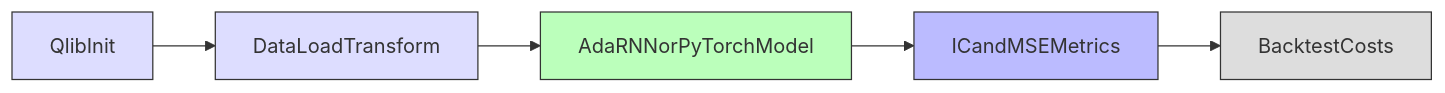
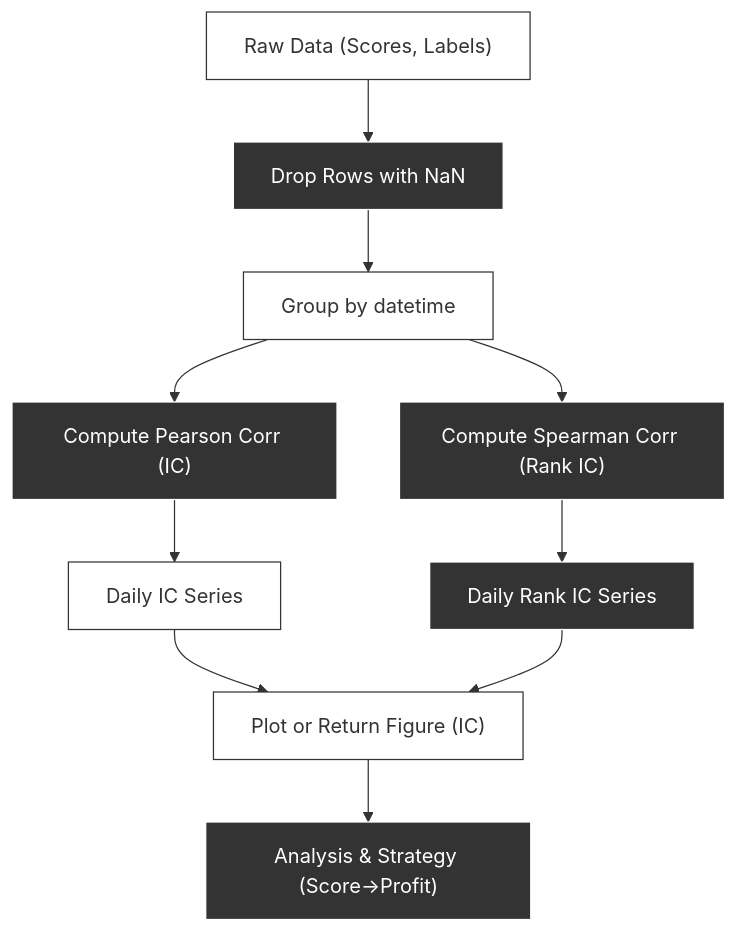
Before and after one commit to nicolad/vadim.blog: the third of 3 diagrams in blog/qlib-ai-quant-workflow-adarnn/index.md, drawn with Mermaid. The commit also changed other lines of this file and 1 other file, not shown here.

````diff
--- a/blog/qlib-ai-quant-workflow-adarnn/index.md
+++ b/blog/qlib-ai-quant-workflow-adarnn/index.md
@@ -88,12 +165,34 @@
 ```mermaid
-flowchart LR
-    A[QlibInit] --> B[DataLoadTransform]
-    B --> C[AdaRNNorPyTorchModel]
-    C --> D[ICandMSEMetrics]
-    D --> E[BacktestCosts]
-    style A fill:#ddf,stroke:#333,stroke-width:1px
-    style B fill:#ddf,stroke:#333,stroke-width:1px
-    style C fill:#bfb,stroke:#333,stroke-width:1px
-    style D fill:#bbf,stroke:#333,stroke-width:1px
-    style E fill:#ddd,stroke:#333,stroke-width:1px
+flowchart TD
+    classDef darkMode fill:#333,stroke:#fff,stroke-width:1px,color:#fff
+    classDef lightMode fill:#fff,stroke:#333,stroke-width:1px,color:#333
+
+    A["Raw Data (Scores, Labels)"]:::lightMode
+    B["Drop Rows with NaN"]:::darkMode
+    C["Group by datetime"]:::lightMode
+    D["Compute Pearson Corr (IC)"]:::darkMode
+    E["Compute Spearman Corr (Rank IC)"]:::darkMode
+    F["Daily IC Series"]:::lightMode
+    G["Daily Rank IC Series"]:::darkMode
+    H["Plot or Return Figure (IC)"]:::lightMode
+    I["Analysis & Strategy (Score→Profit)"]:::darkMode
+
+    A --> B
+    B --> C
+    C --> D & E
+    D --> F
+    E --> G
+    F --> H
+    G --> H
+    H --> I
+
+    class A lightMode
+    class B darkMode
+    class C lightMode
+    class D darkMode
+    class E darkMode
+    class F lightMode
+    class G darkMode
+    class H lightMode
+    class I darkMode
 ```
````
